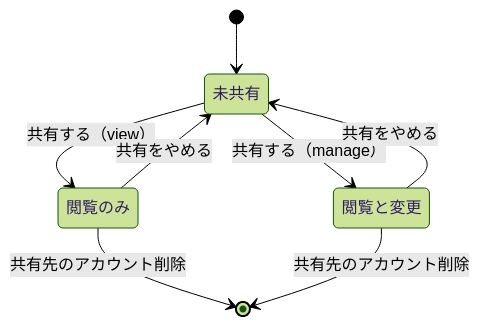
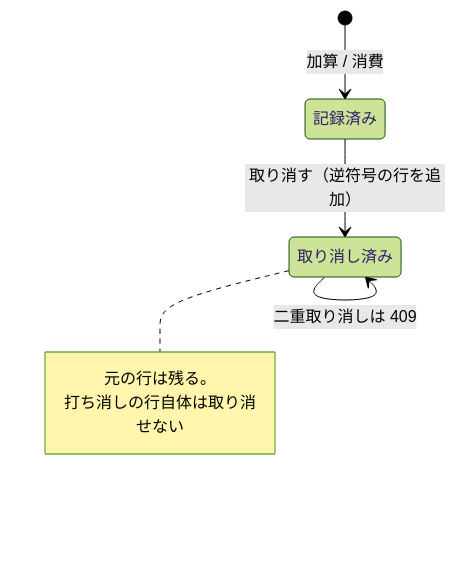
One commit to kiyoteruhosoda/rewardpointsweb changed the second of 2 diagrams in frontend/README.md. Above: the diagram before and after it, drawn with Mermaid (forest theme). The commit also changed other lines of this file and 40 other files, not shown here.

````diff
--- a/frontend/README.md
+++ b/frontend/README.md
@@ -215,10 +216,10 @@
 ```mermaid
 stateDiagram-v2
-  [*] --> 未共有
-  未共有 --> 閲覧のみ: 共有する（view）
-  未共有 --> 閲覧と変更: 共有する（manage）
-  閲覧のみ --> 未共有: 共有をやめる
-  閲覧と変更 --> 未共有: 共有をやめる
-  閲覧のみ --> [*]: 共有先のアカウント削除
-  閲覧と変更 --> [*]: 共有先のアカウント削除
+  [*] --> 記録済み: 加算 / 消費
+  記録済み --> 取り消し済み: 取り消す（逆符号の行を追加）
+  取り消し済み --> 取り消し済み: 二重取り消しは 409
+  note right of 取り消し済み
+    元の行は残る。
+    打ち消しの行自体は取り消せない
+  end note
 ```
````
